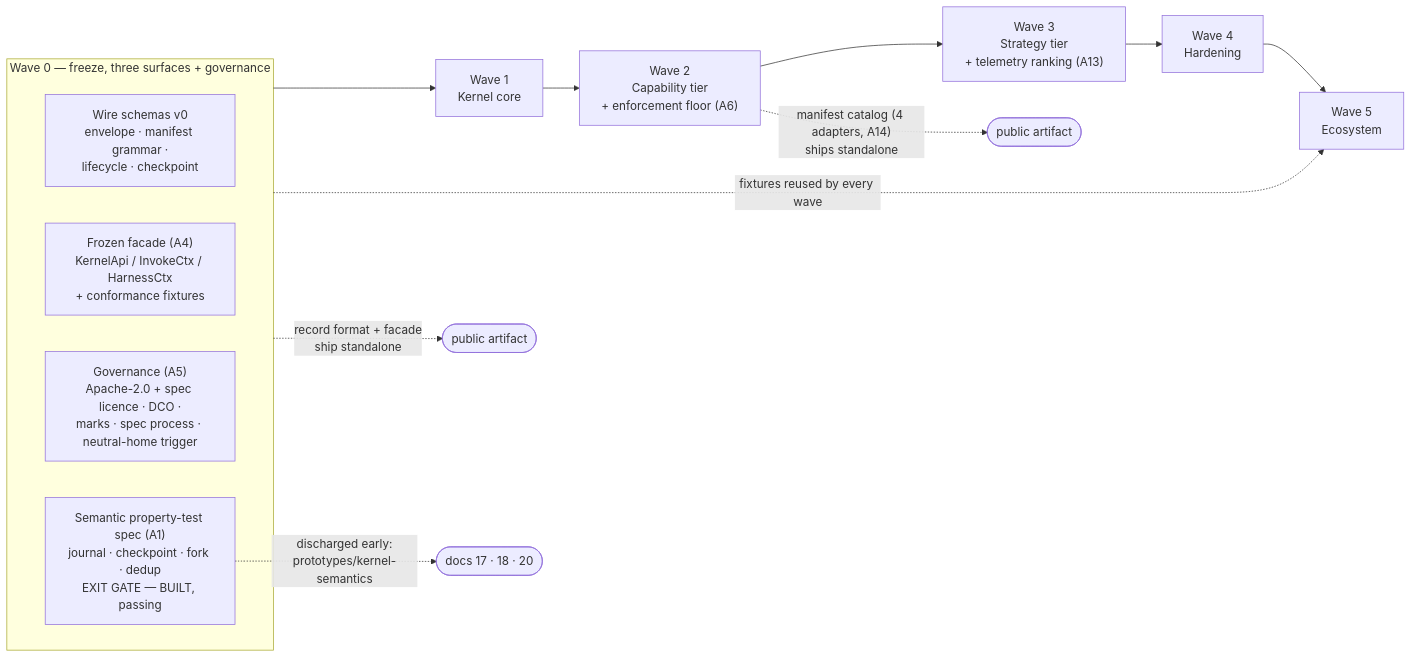
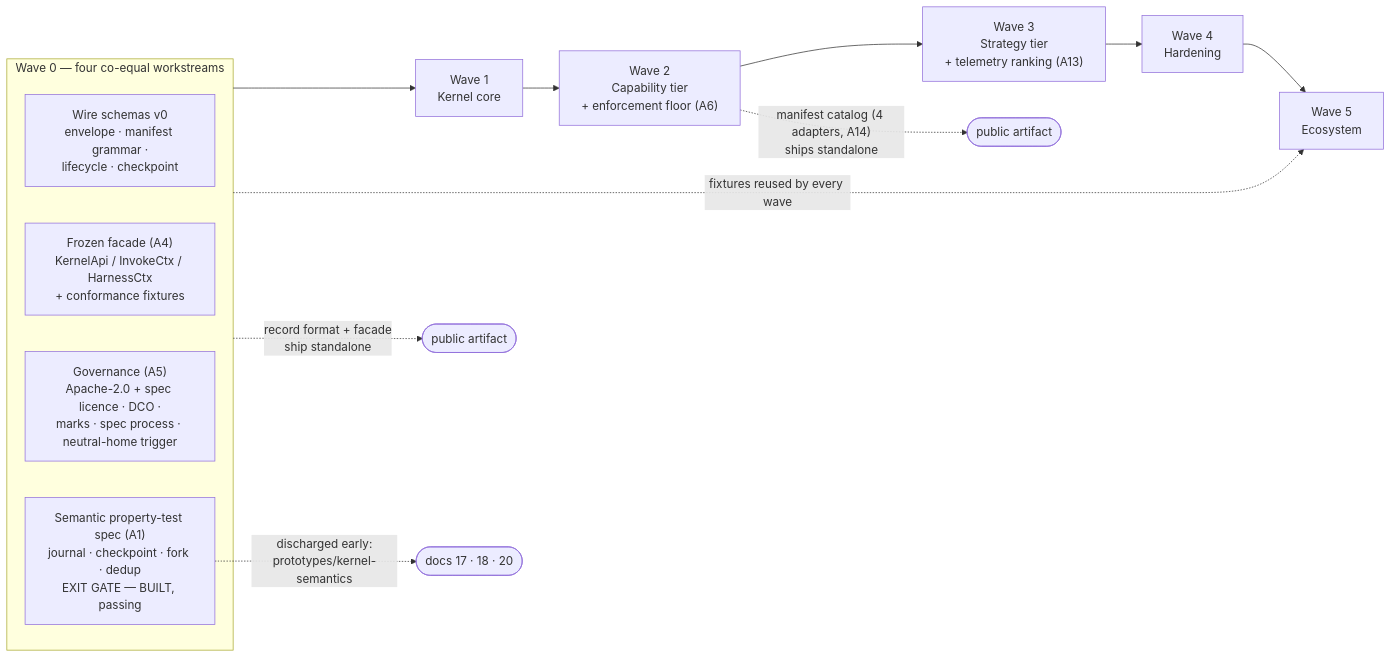
The first of 2 diagrams in docs/15-IMPLEMENTATION-ROADMAP.md (jeetu619/kyxo-runtime), drawn with Mermaid before and after one commit. The commit also changed 4 other files, not shown here.

````diff
--- a/docs/15-IMPLEMENTATION-ROADMAP.md
+++ b/docs/15-IMPLEMENTATION-ROADMAP.md
@@ -134,18 +134,18 @@
 ```mermaid
 graph LR
-    subgraph W0G["Wave 0 — freeze, three surfaces + governance"]
+    subgraph W0G["Wave 0 — four co-equal workstreams"]
         W0A["Wire schemas v0<br/>envelope · manifest grammar ·<br/>lifecycle · checkpoint"]
         W0B["Frozen facade (A4)<br/>KernelApi / InvokeCtx / HarnessCtx<br/>+ conformance fixtures"]
         W0C["Governance (A5)<br/>Apache-2.0 + spec licence · DCO ·<br/>marks · spec process · neutral-home trigger"]
         W0D["Semantic property-test spec (A1)<br/>journal · checkpoint · fork · dedup<br/>EXIT GATE — BUILT, passing"]
     end
     W0G --> W1["Wave 1<br/>Kernel core"]
     W1 --> W2["Wave 2<br/>Capability tier<br/>+ enforcement floor (A6)"]
     W2 --> W3["Wave 3<br/>Strategy tier<br/>+ telemetry ranking (A13)"]
     W3 --> W4["Wave 4<br/>Hardening"]
     W4 --> W5["Wave 5<br/>Ecosystem"]
     W0G -.->|"fixtures reused by every wave"| W5
     W2 -.->|"manifest catalog (4 adapters, A14)<br/>ships standalone"| PUB1(["public artifact"])
     W0G -.->|"record format + facade<br/>ship standalone"| PUB2(["public artifact"])
     W0D -.->|"discharged early:<br/>prototypes/kernel-semantics"| DONE(["docs 17 · 18 · 20"])
 ```
````
